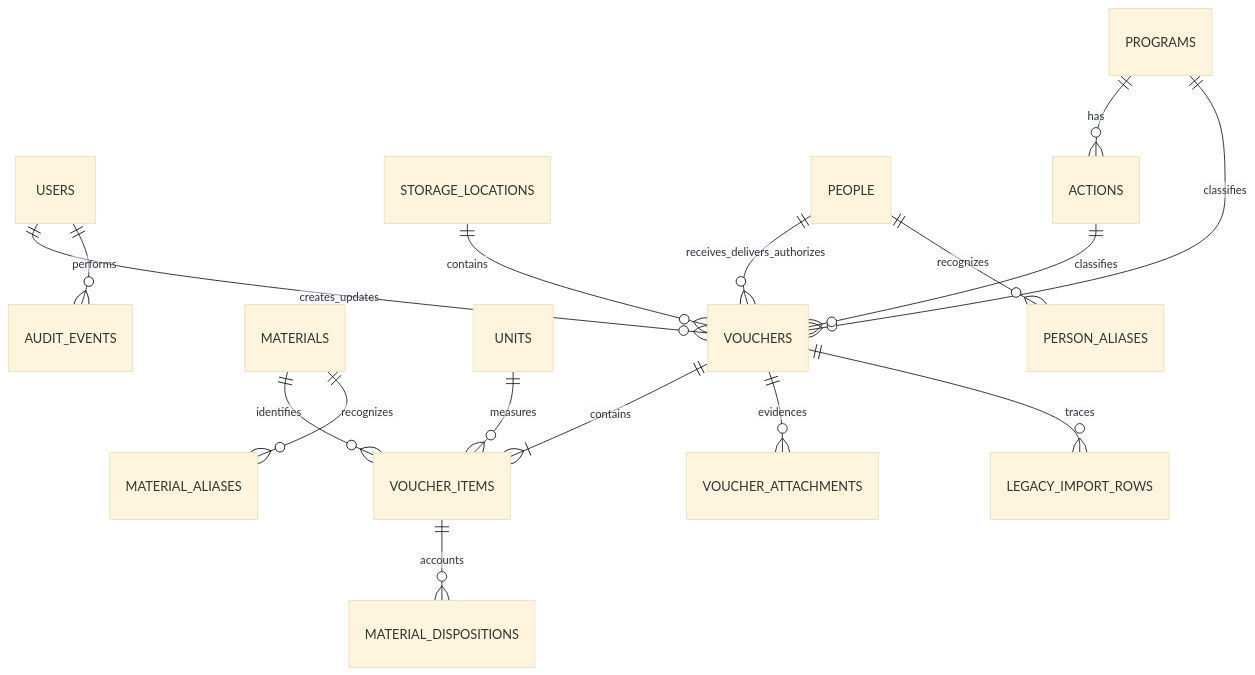
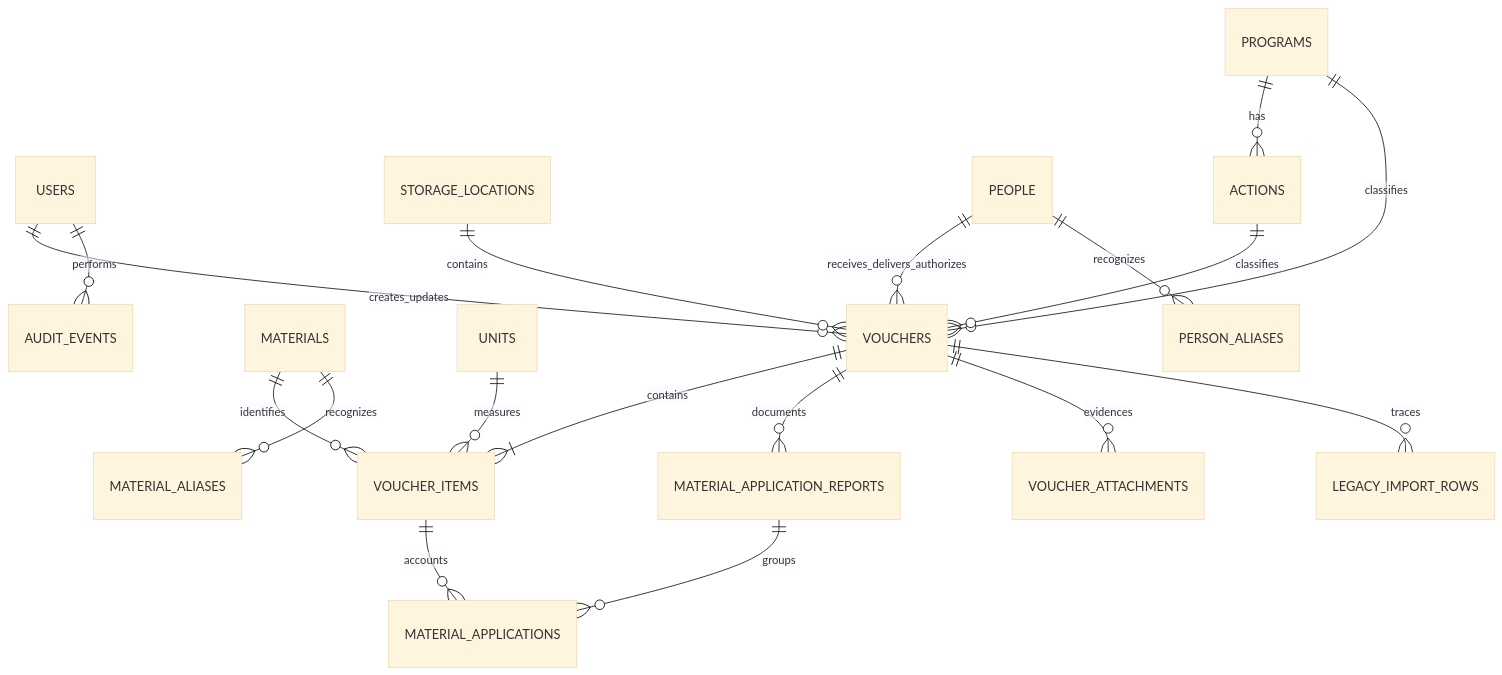
One commit to oscarcast22/control-materiales-spm changed the diagram in docs/architecture.md. Above: the diagram before and after it, drawn with Mermaid (base theme). The commit also changed other lines of this file and 14 other files, not shown here.

````diff
--- a/docs/architecture.md
+++ b/docs/architecture.md
@@ -37,18 +37,20 @@
 ```mermaid
 erDiagram
     USERS ||--o{ VOUCHERS : creates_updates
     STORAGE_LOCATIONS ||--o{ VOUCHERS : contains
     PEOPLE ||--o{ VOUCHERS : receives_delivers_authorizes
     PROGRAMS ||--o{ ACTIONS : has
     PROGRAMS ||--o{ VOUCHERS : classifies
     ACTIONS ||--o{ VOUCHERS : classifies
     VOUCHERS ||--|{ VOUCHER_ITEMS : contains
     MATERIALS ||--o{ VOUCHER_ITEMS : identifies
     UNITS ||--o{ VOUCHER_ITEMS : measures
-    VOUCHER_ITEMS ||--o{ MATERIAL_DISPOSITIONS : accounts
+    VOUCHERS ||--o{ MATERIAL_APPLICATION_REPORTS : documents
+    MATERIAL_APPLICATION_REPORTS ||--o{ MATERIAL_APPLICATIONS : groups
+    VOUCHER_ITEMS ||--o{ MATERIAL_APPLICATIONS : accounts
     VOUCHERS ||--o{ VOUCHER_ATTACHMENTS : evidences
     MATERIALS ||--o{ MATERIAL_ALIASES : recognizes
     PEOPLE ||--o{ PERSON_ALIASES : recognizes
     USERS ||--o{ AUDIT_EVENTS : performs
     VOUCHERS ||--o{ LEGACY_IMPORT_ROWS : traces
 ```
````
